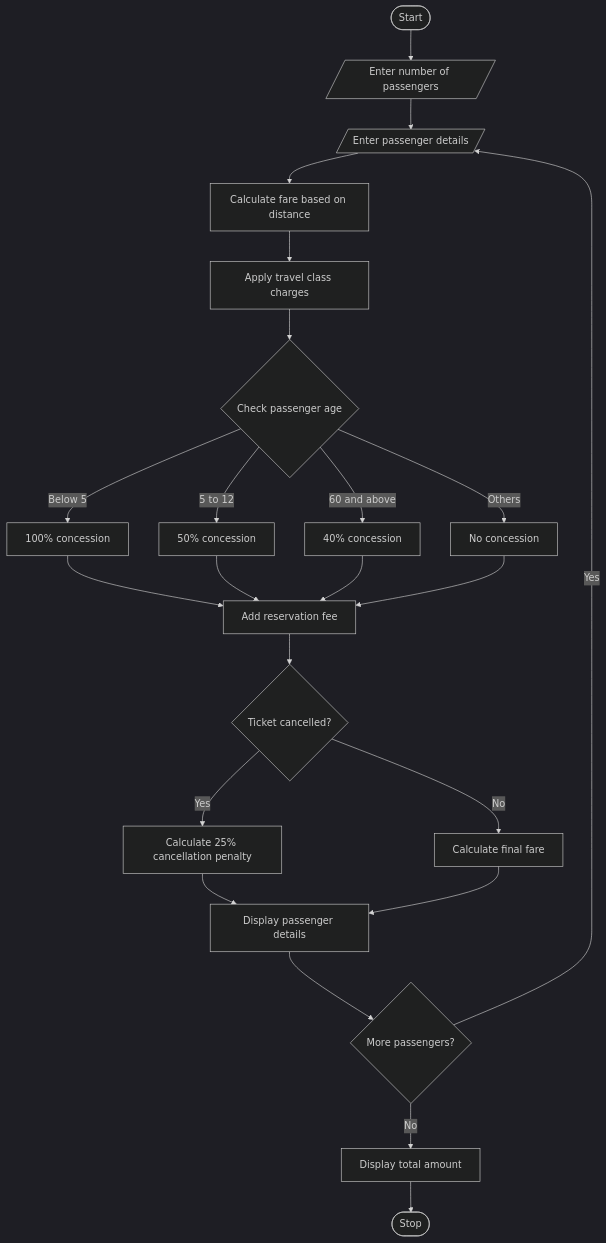
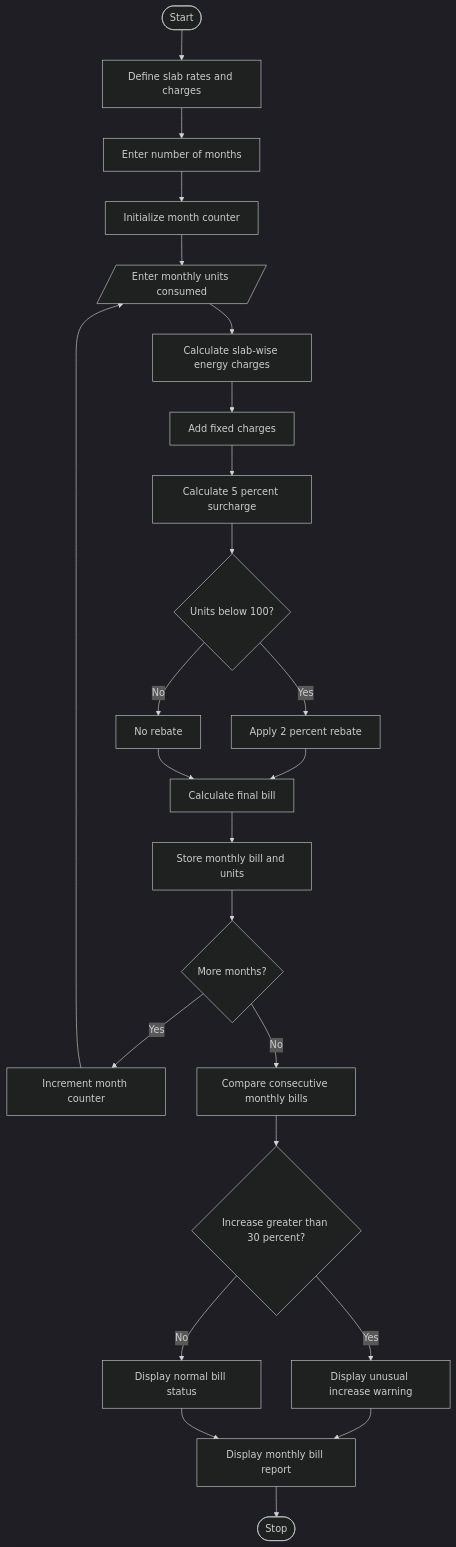
One commit to likithsigatapu-18/Python-Activity-Based-Learning changed the diagram in Task-2/code.md. Above: the diagram before and after it, drawn with Mermaid (dark theme). The commit also changed other lines of this file, not shown here.

````diff
--- a/Task-2/code.md
+++ b/Task-2/code.md
@@ -38,25 +28,27 @@
 ```mermaid
 flowchart TD
-    A([Start]) --> B[/Enter number of passengers/]
-    B --> C[/Enter passenger details/]
-    C --> D[Calculate fare based on distance]
-    D --> E[Apply travel class charges]
-    E --> F{Check passenger age}
-    F -->|Below 5| G[100% concession]
-    F -->|5 to 12| H[50% concession]
-    F -->|60 and above| I[40% concession]
-    F -->|Others| J[No concession]
-    G --> K[Add reservation fee]
-    H --> K
-    I --> K
-    J --> K
-    K --> L{Ticket cancelled?}
-    L -->|Yes| M[Calculate 25% cancellation penalty]
-    L -->|No| N[Calculate final fare]
-    M --> O[Display passenger details]
-    N --> O
-    O --> P{More passengers?}
-    P -->|Yes| C
-    P -->|No| Q[Display total amount]
-    Q --> R([Stop])
+    A([Start]) --> B[Define slab rates and charges]
+    B --> C[Enter number of months]
+    C --> D[Initialize month counter]
+    D --> E[/Enter monthly units consumed/]
+    E --> F[Calculate slab-wise energy charges]
+    F --> G[Add fixed charges]
+    G --> H[Calculate 5 percent surcharge]
+    H --> I{Units below 100?}
+    I -- Yes --> J[Apply 2 percent rebate]
+    I -- No --> K[No rebate]
+    J --> L[Calculate final bill]
+    K --> L
+    L --> M[Store monthly bill and units]
+    M --> N{More months?}
+    N -- Yes --> O[Increment month counter]
+    O --> E
+    N -- No --> P[Compare consecutive monthly bills]
+    P --> Q{Increase greater than 30 percent?}
+    Q -- Yes --> R[Display unusual increase warning]
+    Q -- No --> S[Display normal bill status]
+    R --> T[Display monthly bill report]
+    S --> T
+    T --> U([Stop])
+
 ```
````
